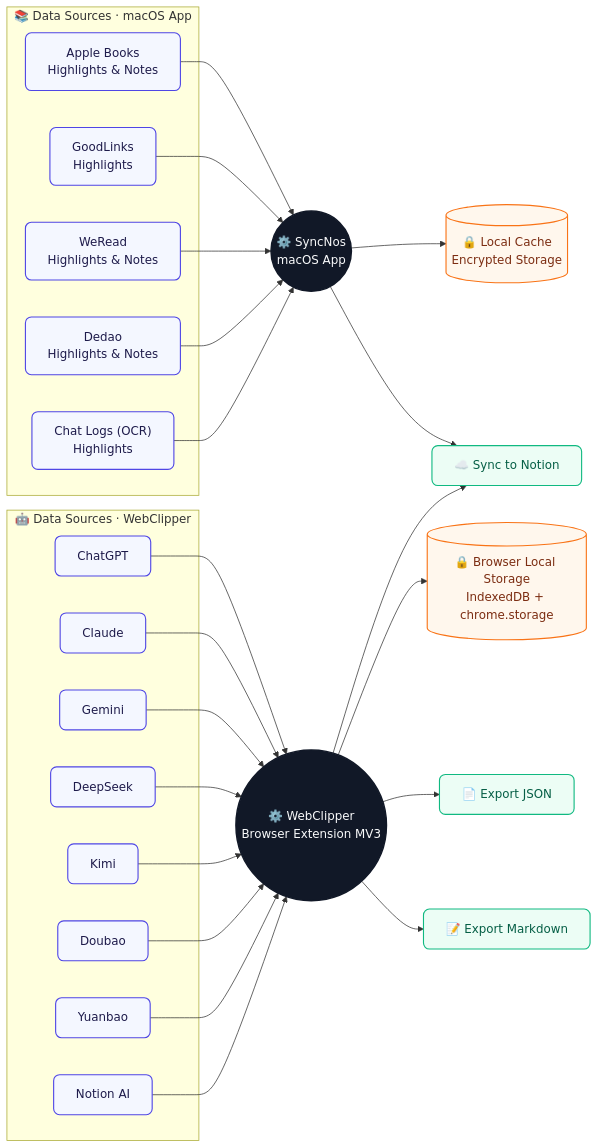
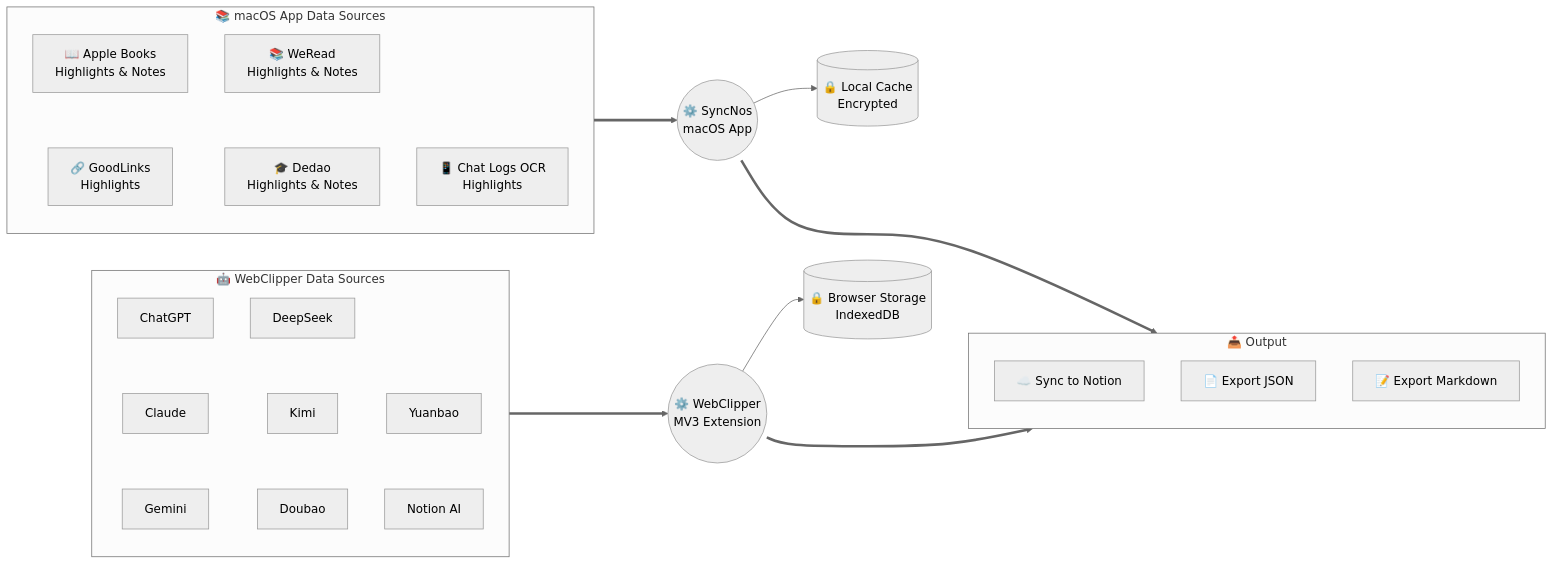
The diagram in README.md (chiimagnus/SyncNos), drawn with Mermaid before and after one commit. The commit also changed 1 other file, not shown here.

Commit message:
feat: 更新工作流程示意图，优化 macOS App 和 WebClipper 数据来源的展示

````diff
--- a/README.md
+++ b/README.md
@@ -12,52 +12,33 @@
 ```mermaid
+%%{init: {'theme':'neutral'}}%%
 flowchart LR
-    classDef src fill:#F4F7FF,stroke:#4F46E5,color:#1E1B4B,stroke-width:1.5px,rx:8,ry:8;
-    classDef hub fill:#111827,stroke:#111827,color:#F9FAFB,stroke-width:2px,rx:50,ry:50;
-    classDef cache fill:#FFF7ED,stroke:#F97316,color:#7C2D12,stroke-width:1.5px;
-    classDef out fill:#ECFDF5,stroke:#10B981,color:#065F46,stroke-width:1.5px,rx:8,ry:8;
-
-    subgraph APP_SRC[" 📚 Data Sources · macOS App "]
-        AB["Apple Books<br>Highlights & Notes"]:::src
-        GL["GoodLinks<br>Highlights"]:::src
-        WR["WeRead<br>Highlights & Notes"]:::src
-        DD["Dedao<br>Highlights & Notes"]:::src
-        OCR["Chat Logs (OCR)<br>Highlights"]:::src
+    subgraph APP[" 📚 macOS App Data Sources "]
+        direction TB
+        AB["📖 Apple Books<br>Highlights & Notes"] ~~~ GL["🔗 GoodLinks<br>Highlights"]
+        WR["📚 WeRead<br>Highlights & Notes"] ~~~ DD["🎓 Dedao<br>Highlights & Notes"]
+        OCR["📱 Chat Logs OCR<br>Highlights"]
     end
 
-    subgraph WC_SRC[" 🤖 Data Sources · WebClipper "]
-        CGPT["ChatGPT"]:::src
-        CLD["Claude"]:::src
-        GEM["Gemini"]:::src
-        DS["DeepSeek"]:::src
-        KIMI["Kimi"]:::src
-        DOU["Doubao"]:::src
-        YUAN["Yuanbao"]:::src
-        NA["Notion AI"]:::src
+    subgraph WEB[" 🤖 WebClipper Data Sources "]
+        direction TB
+        CGPT["ChatGPT"] ~~~ CLD["Claude"] ~~~ GEM["Gemini"]
+        DS["DeepSeek"] ~~~ KIMI["Kimi"] ~~~ DOU["Doubao"]
+        YUAN["Yuanbao"] ~~~ NA["Notion AI"]
     end
 
-    SyncNos(("⚙️ SyncNos<br>macOS App")):::hub
-    WebClipper(("⚙️ WebClipper<br>Browser Extension MV3")):::hub
+    APP ===> SyncNos(("⚙️ SyncNos<br>macOS App"))
+    WEB ===> WebClipper(("⚙️ WebClipper<br>MV3 Extension"))
 
-    AB --> SyncNos
-    GL --> SyncNos
-    WR --> SyncNos
-    DD --> SyncNos
-    OCR --> SyncNos
+    SyncNos --> CACHE1[("🔒 Local Cache<br>Encrypted")]
+    WebClipper --> CACHE2[("🔒 Browser Storage<br>IndexedDB")]
 
-    CGPT --> WebClipper
-    CLD --> WebClipper
-    GEM --> WebClipper
-    DS --> WebClipper
-    KIMI --> WebClipper
-    DOU --> WebClipper
-    YUAN --> WebClipper
-    NA --> WebClipper
+    subgraph OUT[" 📤 Output "]
+        direction TB
+        NOTION["☁️ Sync to Notion"]
+        JSON["📄 Export JSON"]
+        MD["📝 Export Markdown"]
+    end
 
-    SyncNos --> LOCAL_APP[("🔒 Local Cache<br>Encrypted Storage")]:::cache
-    WebClipper --> LOCAL_WC[("🔒 Browser Local Storage<br>IndexedDB + chrome.storage")]:::cache
-
-    SyncNos --> NOTION["☁️ Sync to Notion"]:::out
-    WebClipper --> NOTION
-    WebClipper --> JSON["📄 Export JSON"]:::out
-    WebClipper --> MD["📝 Export Markdown"]:::out
+    SyncNos ===> OUT
+    WebClipper ===> OUT
 ```
````
